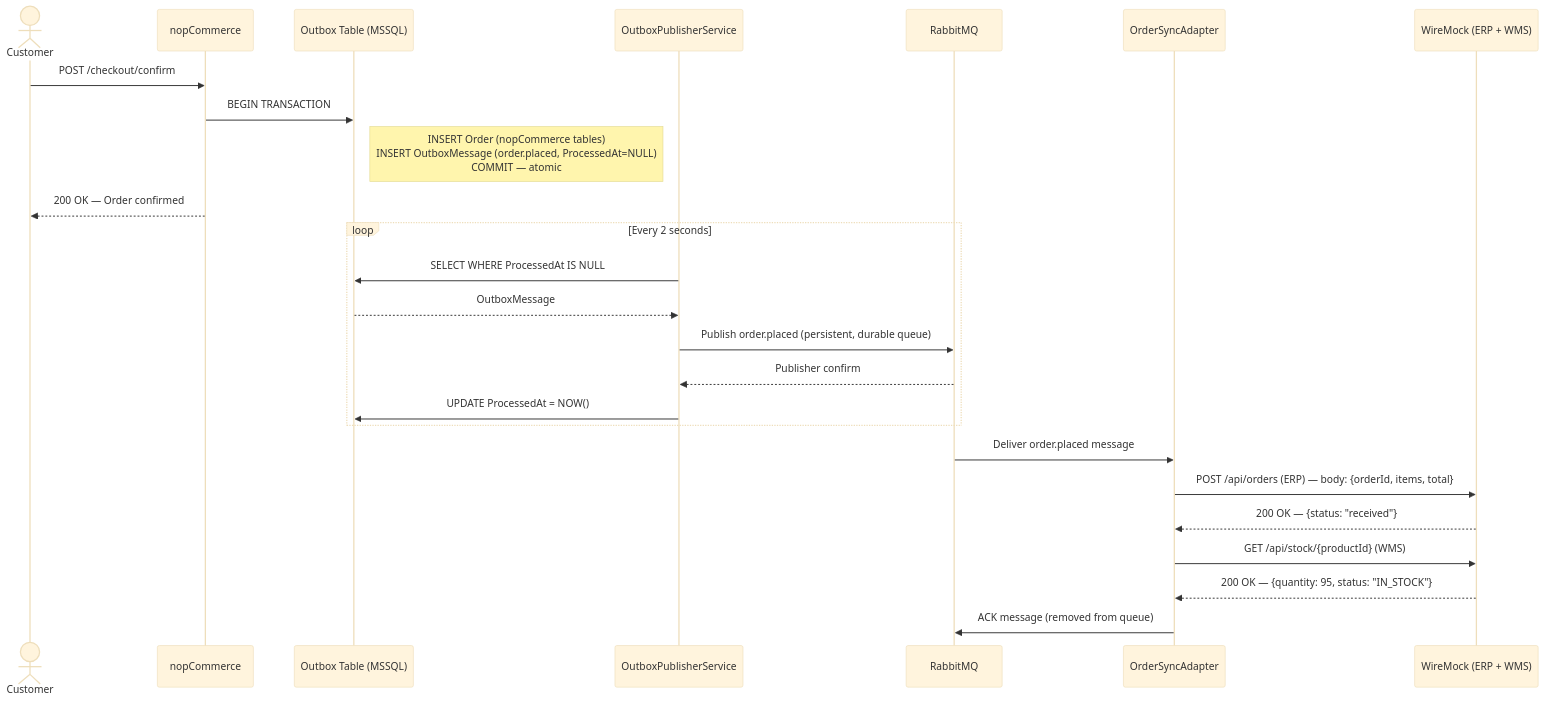
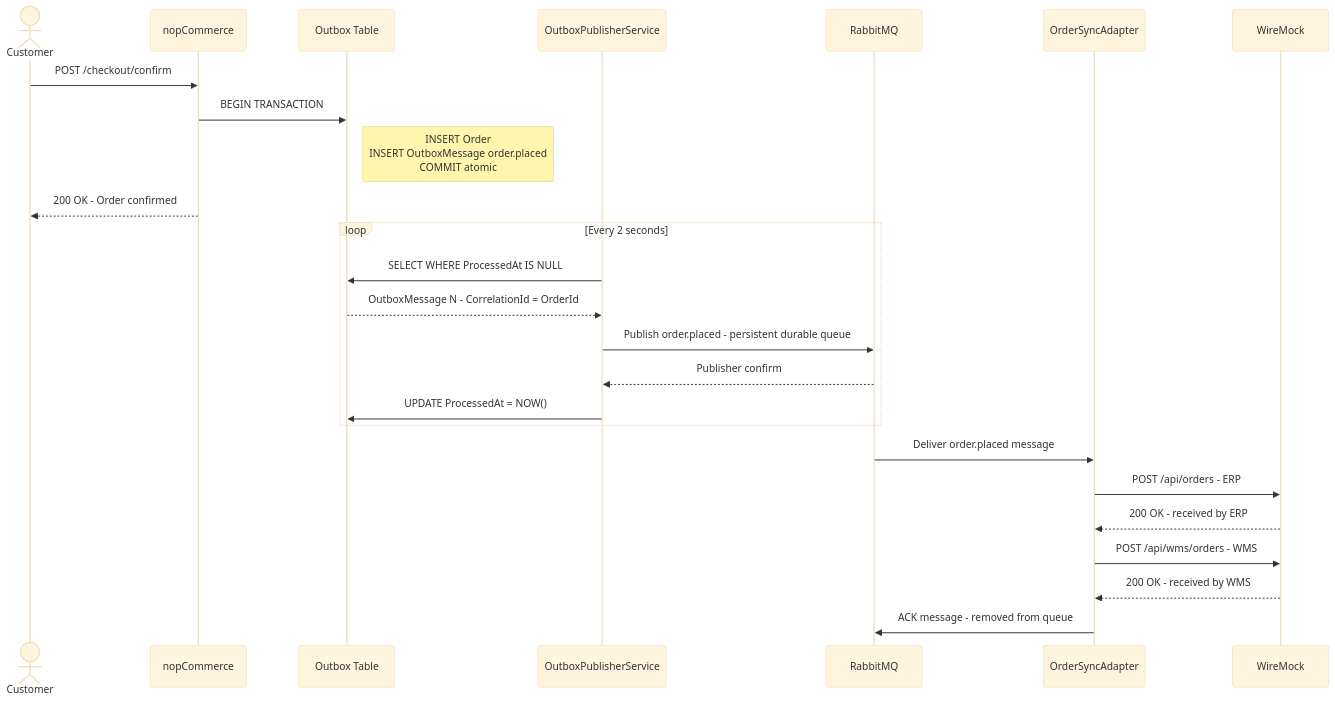
Before and after one commit to Assignment2-AS/nopCommerce-Omnichannel-Core: the first of 4 diagrams in docs/runtime-interaction-diagrams.md, drawn with Mermaid (base theme). The commit also changed other lines of this file and 3 other files, not shown here.

Commit message:
docs: update architecture docs to reflect implemented architecture

````diff
--- a/docs/runtime-interaction-diagrams.md
+++ b/docs/runtime-interaction-diagrams.md
@@ -13,30 +13,30 @@
 ```mermaid
 sequenceDiagram
     actor Customer
     participant nopCommerce
-    participant OutboxDB as Outbox Table (MSSQL)
+    participant OutboxDB as Outbox Table
     participant OutboxSvc as OutboxPublisherService
     participant RabbitMQ
     participant OrderSync as OrderSyncAdapter
-    participant WireMock as WireMock (ERP + WMS)
+    participant WireMock
 
     Customer->>nopCommerce: POST /checkout/confirm
     nopCommerce->>OutboxDB: BEGIN TRANSACTION
-    note right of OutboxDB: INSERT Order (nopCommerce tables)<br/>INSERT OutboxMessage (order.placed, ProcessedAt=NULL)<br/>COMMIT — atomic
-    nopCommerce-->>Customer: 200 OK — Order confirmed
+    note right of OutboxDB: INSERT Order<br/>INSERT OutboxMessage order.placed<br/>COMMIT atomic
+    nopCommerce-->>Customer: 200 OK - Order confirmed
 
     loop Every 2 seconds
         OutboxSvc->>OutboxDB: SELECT WHERE ProcessedAt IS NULL
-        OutboxDB-->>OutboxSvc: OutboxMessage #N (CorrelationId = OrderId)
-        OutboxSvc->>RabbitMQ: Publish order.placed (persistent, durable queue)
+        OutboxDB-->>OutboxSvc: OutboxMessage N - CorrelationId = OrderId
+        OutboxSvc->>RabbitMQ: Publish order.placed - persistent durable queue
         RabbitMQ-->>OutboxSvc: Publisher confirm
         OutboxSvc->>OutboxDB: UPDATE ProcessedAt = NOW()
     end
 
     RabbitMQ->>OrderSync: Deliver order.placed message
-    OrderSync->>WireMock: POST /api/orders (ERP) — body: {orderId, items, total}
-    WireMock-->>OrderSync: 200 OK — {status: "received"}
-    OrderSync->>WireMock: GET /api/stock/{productId} (WMS)
-    WireMock-->>OrderSync: 200 OK — {quantity: 95, status: "IN_STOCK"}
-    OrderSync->>RabbitMQ: ACK message (removed from queue)
+    OrderSync->>WireMock: POST /api/orders - ERP
+    WireMock-->>OrderSync: 200 OK - received by ERP
+    OrderSync->>WireMock: POST /api/wms/orders - WMS
+    WireMock-->>OrderSync: 200 OK - received by WMS
+    OrderSync->>RabbitMQ: ACK message - removed from queue
 ```
````
